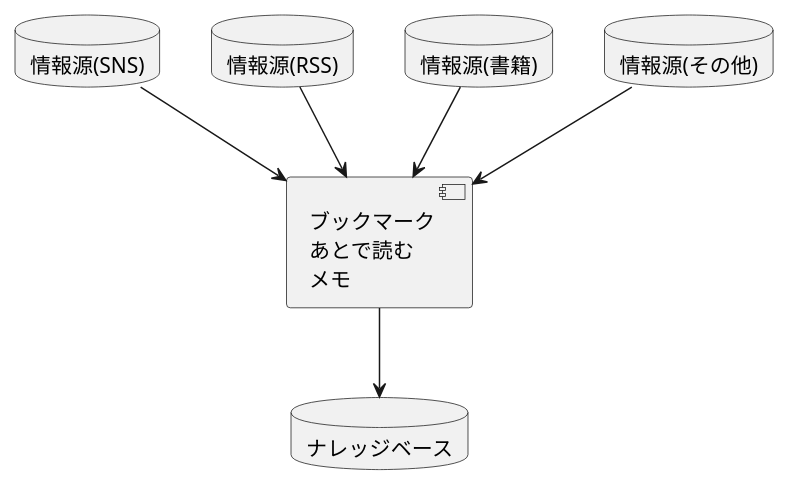
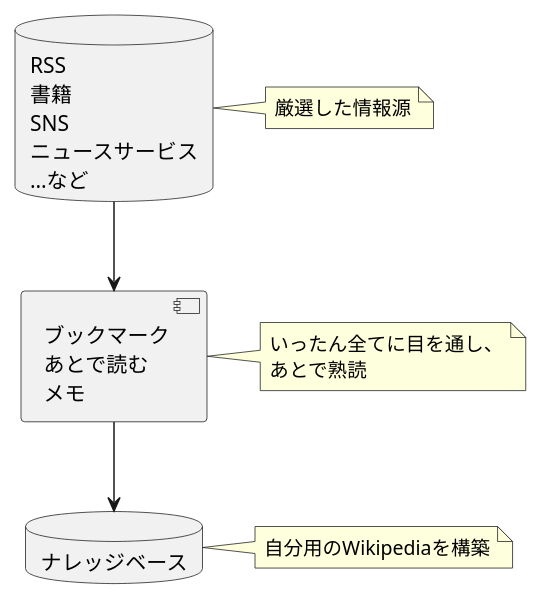
Before and after one commit to u6k/blog: the diagram in _posts/2017-12-31-what-is-keep-myself-open-to-news.md, drawn with PlantUML.

```diff
--- a/_posts/2017-12-31-what-is-keep-myself-open-to-news.md
+++ b/_posts/2017-12-31-what-is-keep-myself-open-to-news.md
@@ -37,14 +37,21 @@
 {% plantuml %}
-database "情報源(SNS)" as input1
-database "情報源(RSS)" as input2
-database "情報源(書籍)" as input3
-database "情報源(その他)" as input4
+database "RSS\n書籍\nSNS\nニュースサービス\n…など" as input
 component "ブックマーク\nあとで読む\nメモ" as ril
 database "ナレッジベース" as kb
 
-input1 --> ril
-input2 --> ril
-input3 --> ril
-input4 --> ril
-ril --> kb
+input -d-> ril
+ril -d-> kb
+
+note right of input
+厳選した情報源
+end note
+
+note right of ril
+いったん全てに目を通し、
+あとで熟読
+end note
+
+note right of kb
+自分用のWikipediaを構築
+end note
 {% endplantuml %}
```
